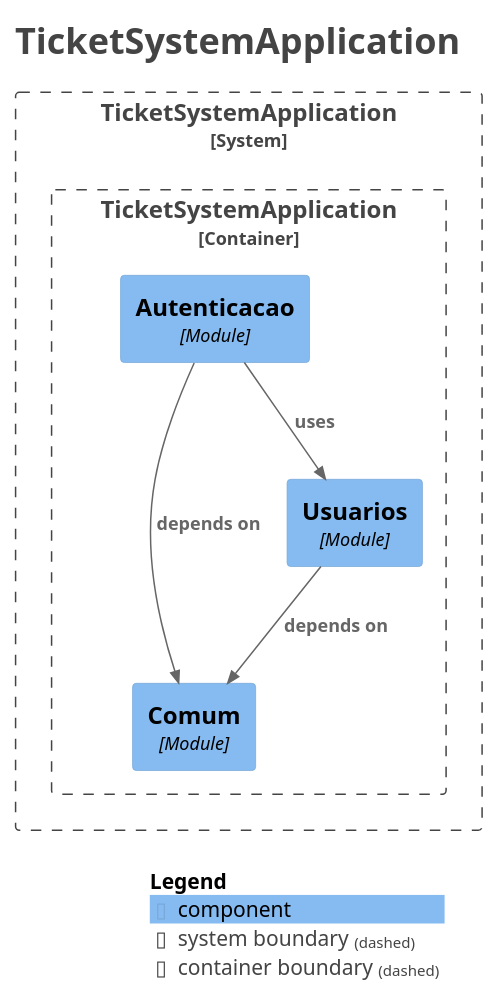
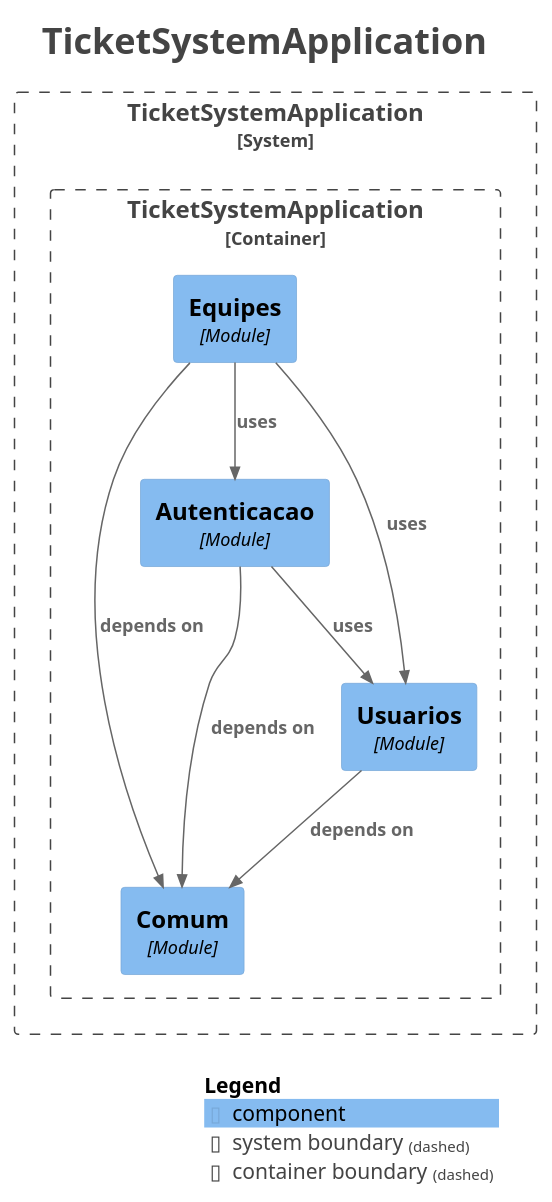
One commit to AnthoniBortolotto/ticket-management-system changed the diagram in docs/modules/components.puml. Above: the diagram before and after it, drawn with PlantUML. The commit also changed 45 other files, not shown here.

```diff
--- a/docs/modules/components.puml
+++ b/docs/modules/components.puml
@@ -1,33 +1,37 @@
 @startuml
 title <size:24>TicketSystemApplication</size>
 
 set separator none
 top to bottom direction
 
 <style>
   root {
     BackgroundColor: #ffffff
     FontColor: #444444
   }
 </style>
 
 !include <C4/C4>
 !include <C4/C4_Context>
 !include <C4/C4_Component>
 
 System_Boundary("TicketSystemApplication_boundary", "TicketSystemApplication", $tags="") {
   Container_Boundary("TicketSystemApplication.TicketSystemApplication_boundary", "TicketSystemApplication", $tags="") {
-    Component(TicketSystemApplication.TicketSystemApplication.Autenticacao, "Autenticacao", $techn="Module", $descr="", $tags="", $link="")
+    Component(TicketSystemApplication.TicketSystemApplication.Equipes, "Equipes", $techn="Module", $descr="", $tags="", $link="")
     Component(TicketSystemApplication.TicketSystemApplication.Comum, "Comum", $techn="Module", $descr="", $tags="", $link="")
     Component(TicketSystemApplication.TicketSystemApplication.Usuarios, "Usuarios", $techn="Module", $descr="", $tags="", $link="")
+    Component(TicketSystemApplication.TicketSystemApplication.Autenticacao, "Autenticacao", $techn="Module", $descr="", $tags="", $link="")
   }
 
 }
 
 Rel(TicketSystemApplication.TicketSystemApplication.Autenticacao, TicketSystemApplication.TicketSystemApplication.Comum, "depends on", $techn="", $tags="", $link="")
 Rel(TicketSystemApplication.TicketSystemApplication.Autenticacao, TicketSystemApplication.TicketSystemApplication.Usuarios, "uses", $techn="", $tags="", $link="")
+Rel(TicketSystemApplication.TicketSystemApplication.Equipes, TicketSystemApplication.TicketSystemApplication.Comum, "depends on", $techn="", $tags="", $link="")
+Rel(TicketSystemApplication.TicketSystemApplication.Equipes, TicketSystemApplication.TicketSystemApplication.Usuarios, "uses", $techn="", $tags="", $link="")
+Rel(TicketSystemApplication.TicketSystemApplication.Equipes, TicketSystemApplication.TicketSystemApplication.Autenticacao, "uses", $techn="", $tags="", $link="")
 Rel(TicketSystemApplication.TicketSystemApplication.Usuarios, TicketSystemApplication.TicketSystemApplication.Comum, "depends on", $techn="", $tags="", $link="")
 
 SHOW_LEGEND(true)
 hide stereotypes
 @enduml
```
